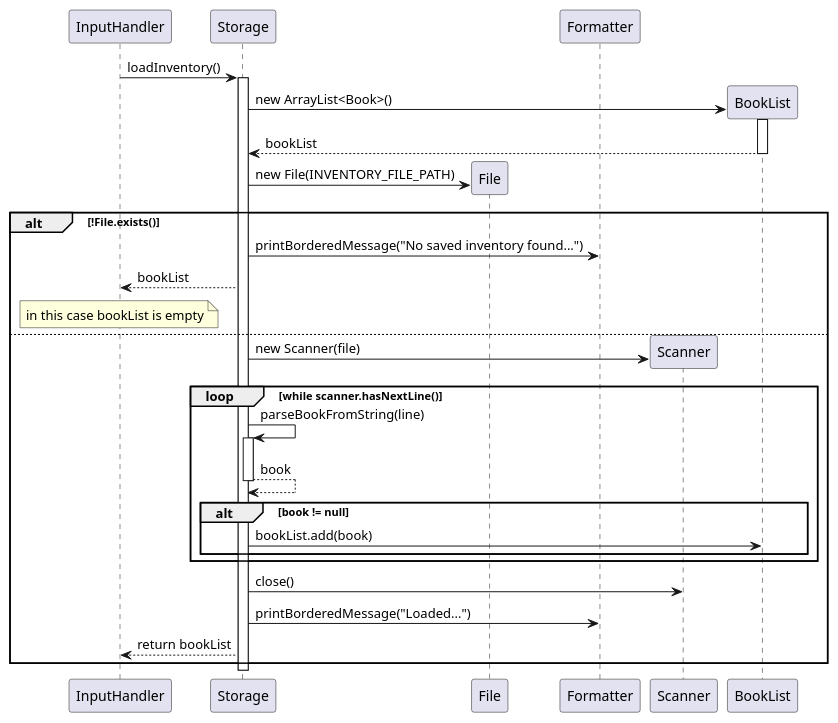
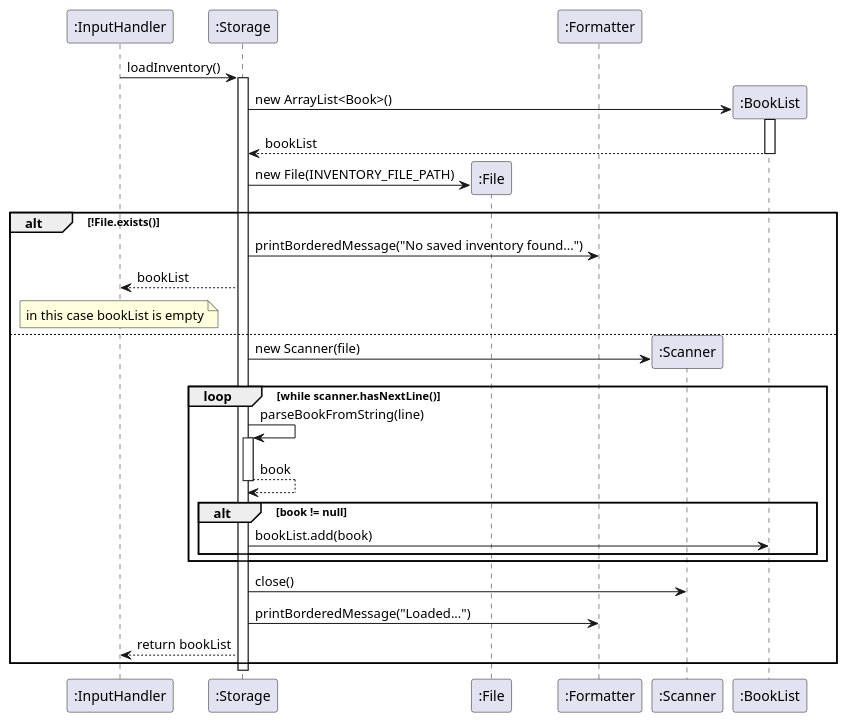
The diagram in docs/diagrams/loadInventory.puml (AY2425S2-CS2113-T12-2/tp), drawn with PlantUML before and after one commit. The commit also changed 19 other files, not shown here.

```diff
--- a/docs/diagrams/loadInventory.puml
+++ b/docs/diagrams/loadInventory.puml
@@ -1,52 +1,52 @@
 @startuml
-participant InputHandler
-participant Storage
-participant File
-participant Formatter
-participant Scanner
+participant InputHandler as ":InputHandler"
+participant Storage as ":Storage"
+participant File as ":File"
+participant Formatter as ":Formatter"
+participant Scanner as ":Scanner"
 
 
 InputHandler -> Storage: loadInventory()
 activate Storage
 
 ' Create a new empty bookList
-create BookList
+create BookList as ":BookList"
 Storage -> BookList: new ArrayList<Book>()
 activate BookList
 BookList --> Storage: bookList
 deactivate BookList
 
 ' Create File object for INVENTORY_FILE_PATH
 Create File
 Storage -> File: new File(INVENTORY_FILE_PATH)
 
 alt !File.exists()
     Storage -> Formatter: printBorderedMessage("No saved inventory found...")
     Storage --> InputHandler: bookList
     note over InputHandler
     in this case bookList is empty
     end note
 else
     ' Open the file using a Scanner
     create Scanner
     Storage -> Scanner: new Scanner(file)
 
     loop while scanner.hasNextLine()
         Storage -> Storage: parseBookFromString(line)
         activate Storage
         Storage --> Storage: book
         deactivate Storage
         alt book != null
             Storage -> BookList: bookList.add(book)
         end
     end
 
     Storage -> Scanner: close()
     ' Print message with number of books loaded
     Storage -> Formatter: printBorderedMessage("Loaded...")
     Storage --> InputHandler: return bookList
 end
 
 
 deactivate Storage
 @enduml
```
